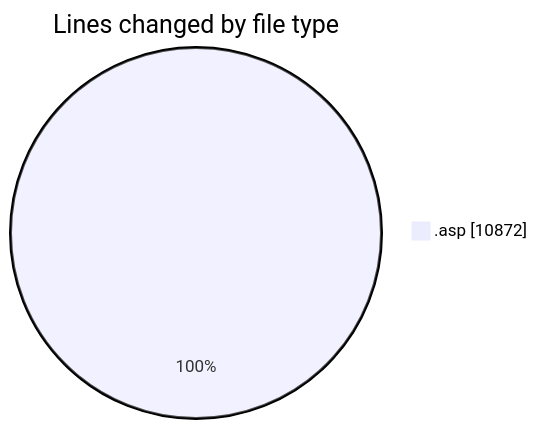
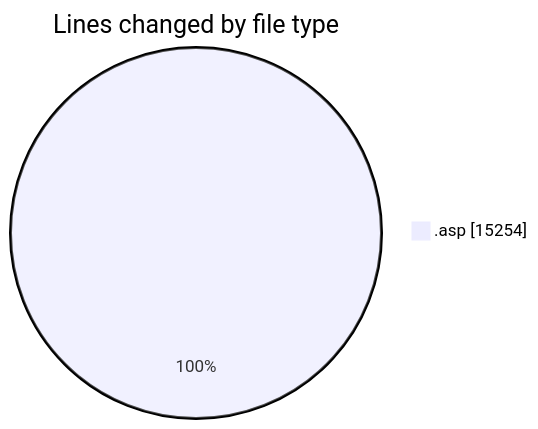
Before and after one commit to julien-gomy/code-tracking: the first of 2 diagrams in 2025-10-31/cdp_aleoudev_fr__workspace_/README.md, drawn with Mermaid. The commit also changed other lines of this file and 1 other file, not shown here.

````diff
--- a/2025-10-31/cdp_aleoudev_fr__workspace_/README.md
+++ b/2025-10-31/cdp_aleoudev_fr__workspace_/README.md
@@ -27,5 +28,5 @@
 ```mermaid
 pie showData
 title Lines changed by file type
-".asp" : 10872
+".asp" : 15254
 ```
````
